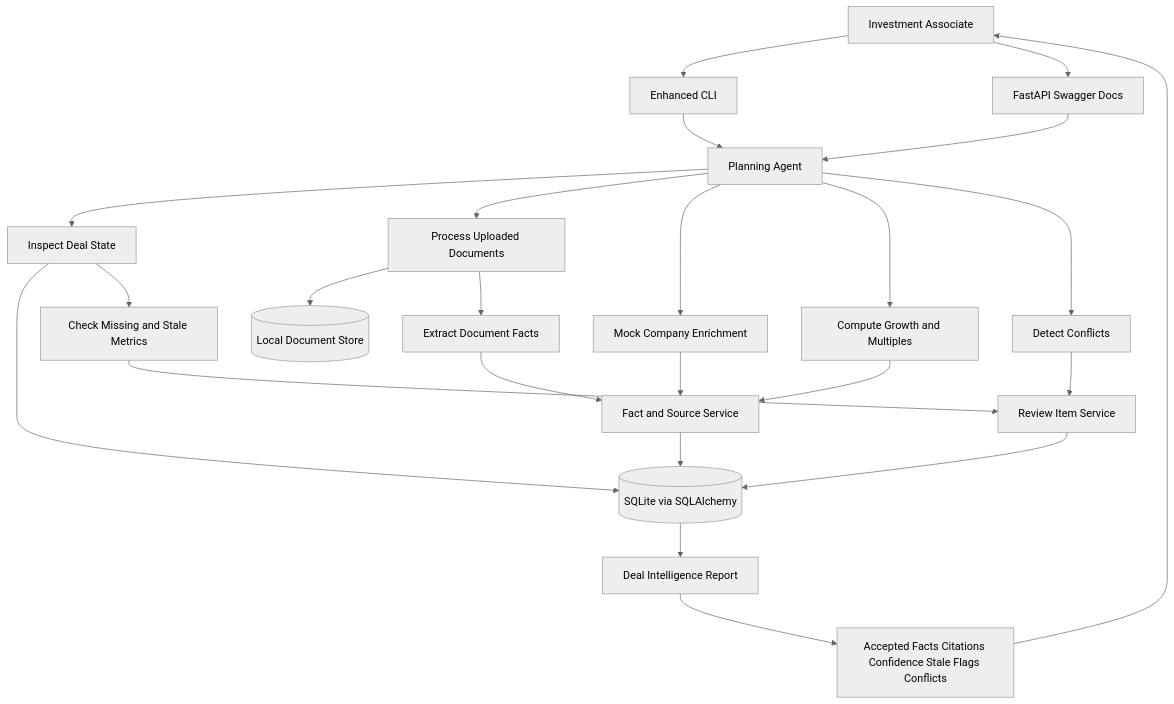
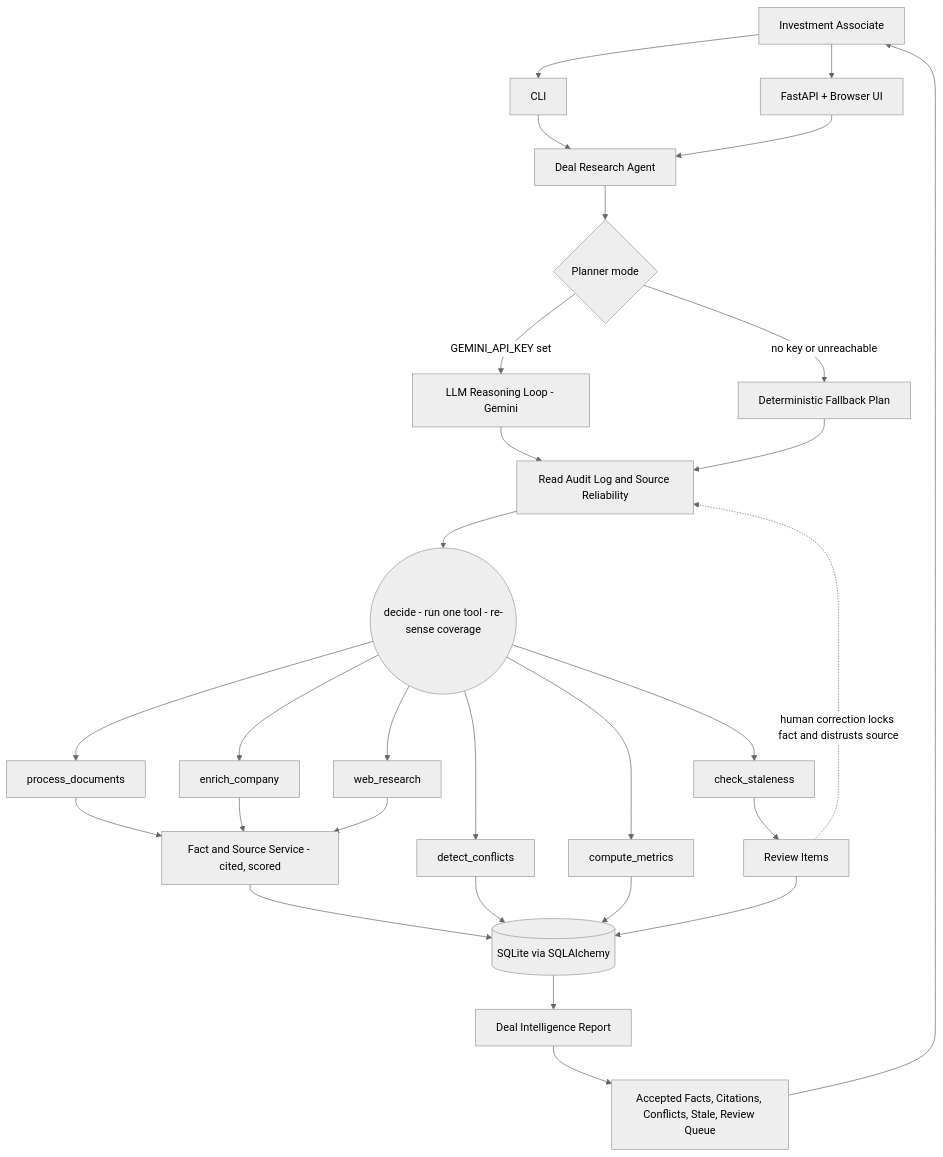
One commit to defnegenc/shaw-deal-room changed the first of 2 diagrams in ARCHITECTURE.md. Above: the diagram before and after it, drawn with Mermaid (neutral theme). The commit also changed 5 other files, not shown here.

First line of the commit message:
Make extract/enrich single-shot; bring all docs current

````diff
--- a/ARCHITECTURE.md
+++ b/ARCHITECTURE.md
@@ -11,32 +11,37 @@
 ```mermaid
 graph TD
-    A[Investment Associate] --> CLI[Enhanced CLI]
-    A --> API[FastAPI Swagger Docs]
-    CLI --> Agent[Planning Agent]
+    A[Investment Associate] --> CLI[CLI]
+    A --> API[FastAPI + Browser UI]
+    CLI --> Agent[Deal Research Agent]
     API --> Agent
 
-    Agent --> State[Inspect Deal State]
-    State --> DB[(SQLite via SQLAlchemy)]
-    State --> Stale[Check Missing and Stale Metrics]
+    Agent --> Planner{Planner mode}
+    Planner -->|GEMINI_API_KEY set| LLM[LLM Reasoning Loop - Gemini]
+    Planner -->|no key or unreachable| Det[Deterministic Fallback Plan]
 
-    Agent --> Uploads[Process Uploaded Documents]
-    Uploads --> Files[(Local Document Store)]
-    Uploads --> Extract[Extract Document Facts]
+    LLM --> Audit[Read Audit Log and Source Reliability]
+    Det --> Audit
+    Audit --> Loop((decide - run one tool - re-sense coverage))
 
-    Agent --> Enrich[Mock Company Enrichment]
-    Agent --> Compute[Compute Growth and Multiples]
-    Agent --> Conflict[Detect Conflicts]
+    Loop --> T1[process_documents]
+    Loop --> T2[enrich_company]
+    Loop --> T3[web_research]
+    Loop --> T4[detect_conflicts]
+    Loop --> T5[compute_metrics]
+    Loop --> T6[check_staleness]
 
-    Extract --> FactSvc[Fact and Source Service]
-    Enrich --> FactSvc
-    Compute --> FactSvc
-    Conflict --> Review[Review Item Service]
-    Stale --> Review
-
-    FactSvc --> DB
+    T1 --> FactSvc[Fact and Source Service - cited, scored]
+    T2 --> FactSvc
+    T3 --> FactSvc
+    FactSvc --> DB[(SQLite via SQLAlchemy)]
+    T4 --> DB
+    T5 --> DB
+    T6 --> Review[Review Items]
     Review --> DB
 
     DB --> Output[Deal Intelligence Report]
-    Output --> Flags[Accepted Facts Citations Confidence Stale Flags Conflicts]
+    Output --> Flags[Accepted Facts, Citations, Conflicts, Stale, Review Queue]
     Flags --> A
+
+    Review -. human correction locks fact and distrusts source .-> Audit
 ```
````
